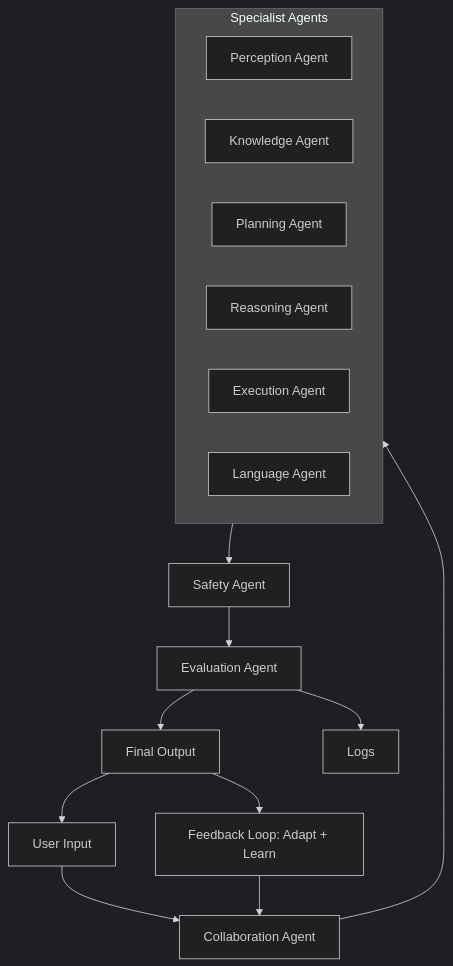
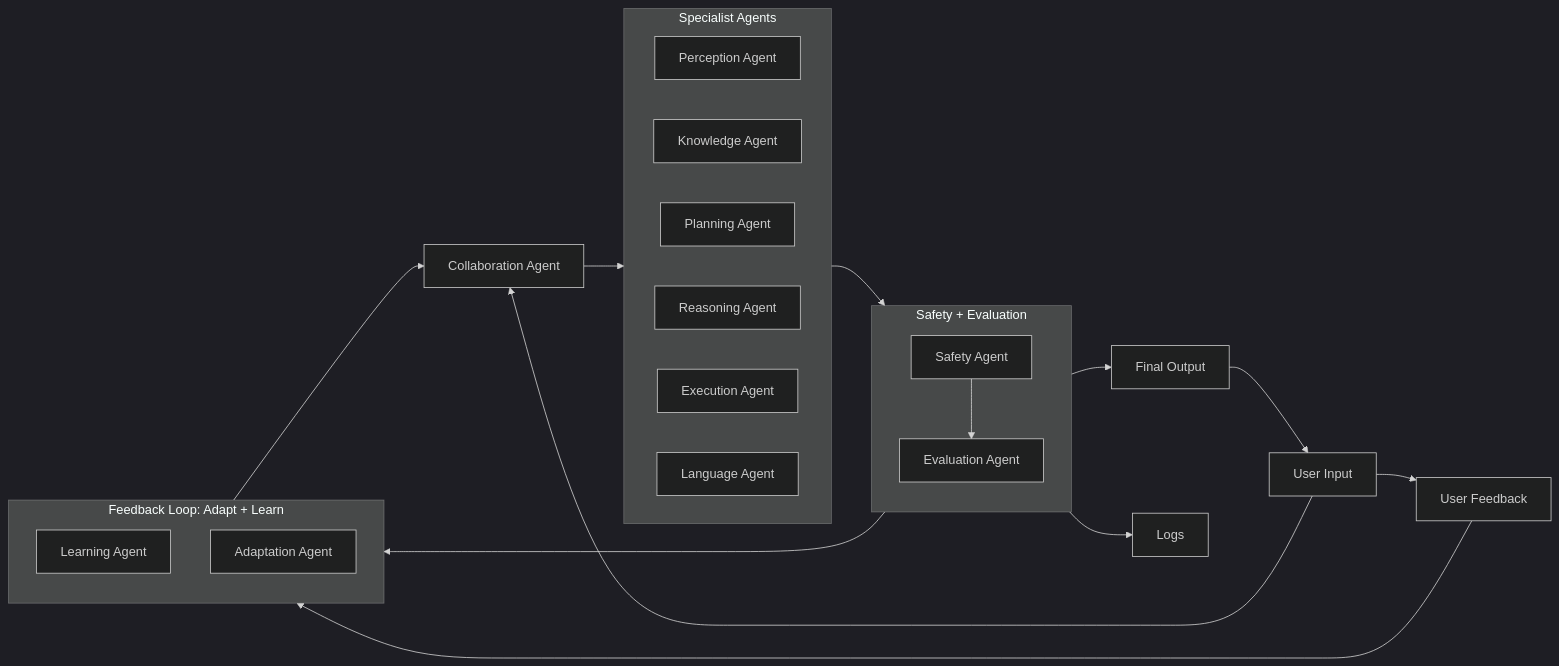
The diagram in README.md (The-Outsider-97/SLAI), drawn with Mermaid (dark theme) before and after one commit.

````diff
--- a/README.md
+++ b/README.md
@@ -24,21 +24,32 @@
-```mermaid
-graph TD
-    A[User Input] --> B[Collaboration Agent]
-    B --> C[Specialist Agents]
-    C --> D[Safety Agent]
-    D --> E[Evaluation Agent]
-    E --> F[Final Output]
-    E --> H[Logs]
-    F --> G[Feedback Loop: Adapt + Learn]
-    G --> B
-    F --> A[User Input]
+```mermaid 
+graph LR
+    B[Collaboration Agent] --> C[Specialist Agents]
+    C --> D[Safety + Evaluation]
+    D --> E[Final Output]
+    D --> F[Logs]
+    G[User Feedback] --> H[Feedback Loop: Adapt + Learn]
+    D --> H
+    H --> B
+    E --> A[User Input]
+    A --> B
+    A --> G
 
     subgraph C [Specialist Agents]
+        direction LR
         C1[Perception Agent]
         C2[Knowledge Agent]
         C3[Planning Agent]
         C4[Reasoning Agent]
         C5[Execution Agent]
         C6[Language Agent]
     end
+
+    subgraph D [Safety + Evaluation]
+        D1[Safety Agent] --> D2[Evaluation Agent]
+    end
+
+    subgraph H [Feedback Loop: Adapt + Learn]
+        H1[Learning Agent]
+        H2[Adaptation Agent]
+    end
 ```
````
